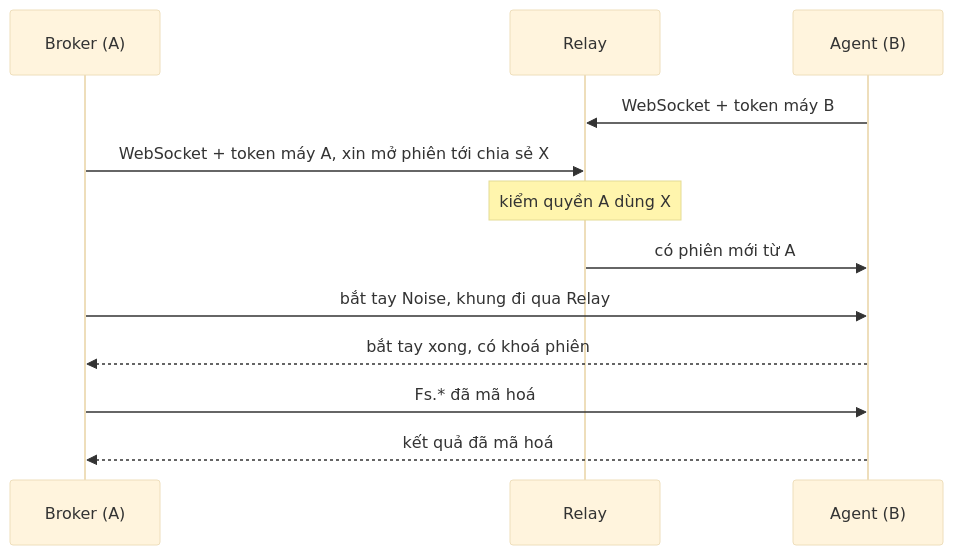
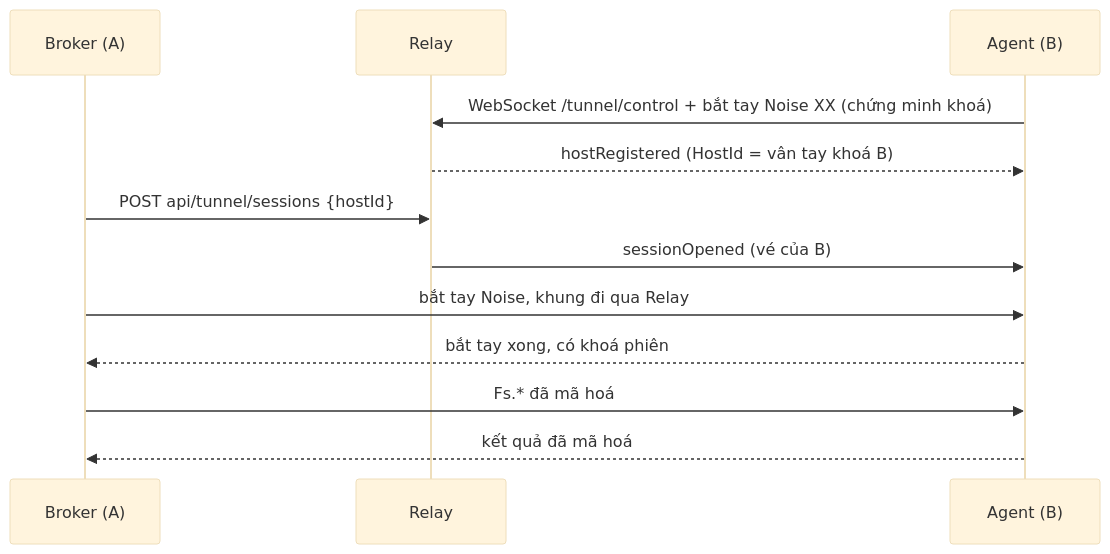
The third of 3 diagrams in docs/Plan-vi.md (tqk2811/ProcBridge), drawn with Mermaid (base theme) before and after one commit. The commit also changed other lines of this file and 160 other files, not shown here.

````diff
--- a/docs/Plan-vi.md
+++ b/docs/Plan-vi.md
@@ -410,14 +408,14 @@
 ```mermaid
 sequenceDiagram
     participant BR as Broker (A)
     participant RL as Relay
     participant AG as Agent (B)
-    AG->>RL: WebSocket + token máy B
-    BR->>RL: WebSocket + token máy A, xin mở phiên tới chia sẻ X
-    Note over RL: kiểm quyền A dùng X
-    RL->>AG: có phiên mới từ A
+    AG->>RL: WebSocket /tunnel/control + bắt tay Noise XX (chứng minh khoá)
+    RL-->>AG: hostRegistered (HostId = vân tay khoá B)
+    BR->>RL: POST api/tunnel/sessions {hostId}
+    RL->>AG: sessionOpened (vé của B)
     BR->>AG: bắt tay Noise, khung đi qua Relay
     AG-->>BR: bắt tay xong, có khoá phiên
     BR->>AG: Fs.* đã mã hoá
     AG-->>BR: kết quả đã mã hoá
 ```
````
